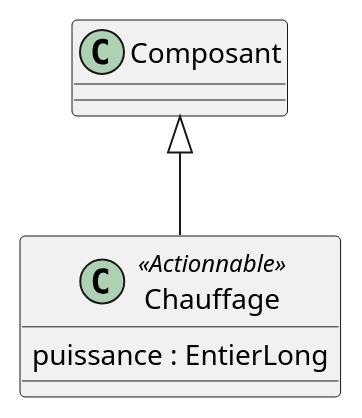
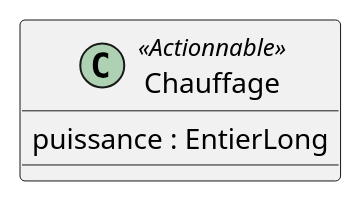
One commit to beerfactory/brewbox-uml changed the diagram in chauffage.iuml. Above: the diagram before and after it, drawn with PlantUML. The commit also changed 4 other files, not shown here.

```diff
--- a/chauffage.iuml
+++ b/chauffage.iuml
@@ -1,5 +1,3 @@
 class Chauffage <<Actionnable>> {
     puissance : EntierLong
 }
-
-Composant <|-- Chauffage
```
